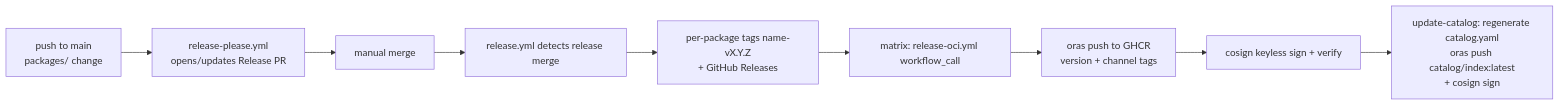
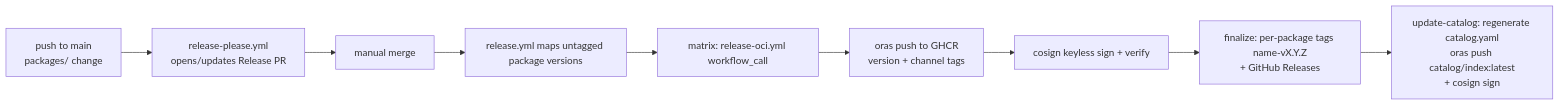
Before and after one commit to 7K-Inari/inari-catalog: the diagram in docs/release-process.md, drawn with Mermaid. The commit also changed other lines of this file and 2 other files, not shown here.

First line of the commit message:
ci: create release tags only after OCI publish succeeds (#18)

````diff
--- a/docs/release-process.md
+++ b/docs/release-process.md
@@ -16,11 +16,11 @@
 ```mermaid
 flowchart LR
   A[push to main<br/>packages/<name> change] --> B[release-please.yml<br/>opens/updates Release PR]
   B --> C[manual merge]
-  C --> D[release.yml detects release merge]
-  D --> E[per-package tags name-vX.Y.Z<br/>+ GitHub Releases]
-  E --> F[matrix: release-oci.yml workflow_call]
+  C --> D[release.yml maps untagged package versions]
+  D --> F[matrix: release-oci.yml workflow_call]
   F --> G[oras push to GHCR<br/>version + channel tags]
   G --> H[cosign keyless sign + verify]
-  H --> I[update-catalog: regenerate catalog.yaml<br/>oras push catalog/index:latest<br/>+ cosign sign]
+  H --> E[finalize: per-package tags name-vX.Y.Z<br/>+ GitHub Releases]
+  E --> I[update-catalog: regenerate catalog.yaml<br/>oras push catalog/index:latest<br/>+ cosign sign]
 ```
````
